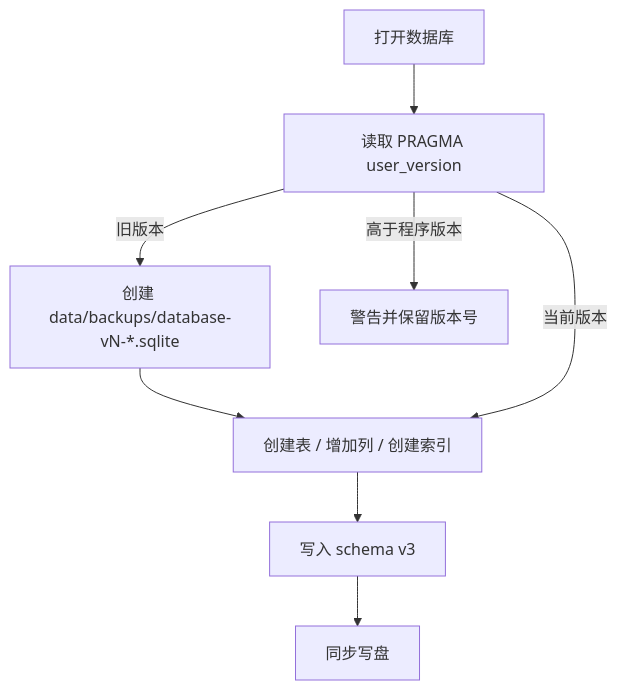
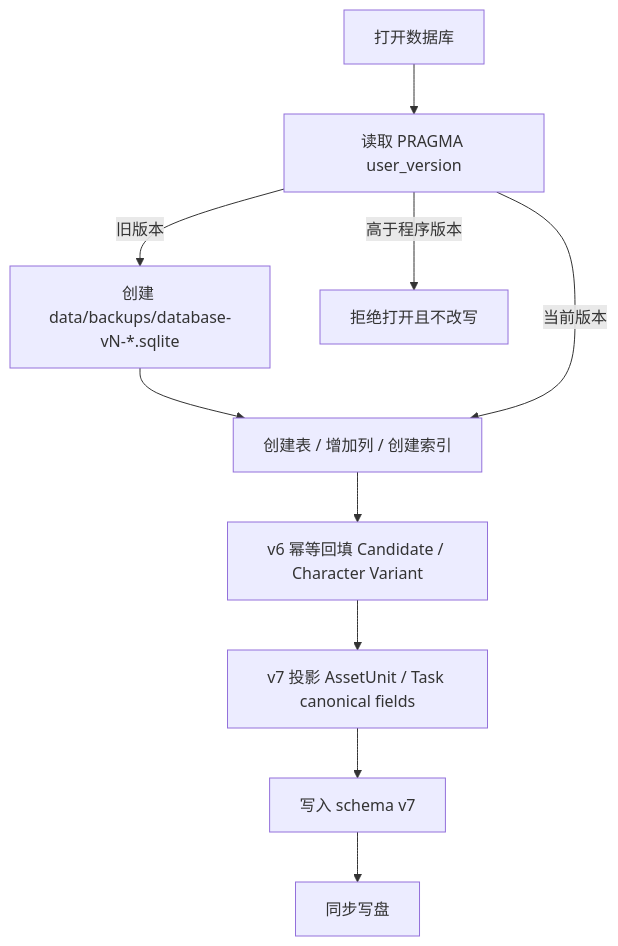
The fourth of 4 diagrams in docs/data-model.md (728792899-create/aigc-video-platform), drawn with Mermaid before and after one commit. The commit also changed other lines of this file and 318 other files, not shown here.

```diff
--- a/docs/data-model.md
+++ b/docs/data-model.md
@@ -178,10 +269,12 @@
 ~~~mermaid
 flowchart TD
   Open["打开数据库"] --> Version["读取 PRAGMA user_version"]
   Version -->|旧版本| Backup["创建 data/backups/database-vN-*.sqlite"]
   Backup --> DDL["创建表 / 增加列 / 创建索引"]
   Version -->|当前版本| DDL
-  Version -->|高于程序版本| Warn["警告并保留版本号"]
-  DDL --> Set["写入 schema v3"]
+  Version -->|高于程序版本| Reject["拒绝打开且不改写"]
+  DDL --> Backfill6["v6 幂等回填 Candidate / Character Variant"]
+  Backfill6 --> Backfill7["v7 投影 AssetUnit / Task canonical fields"]
+  Backfill7 --> Set["写入 schema v7"]
   Set --> Flush["同步写盘"]
 ~~~
```
